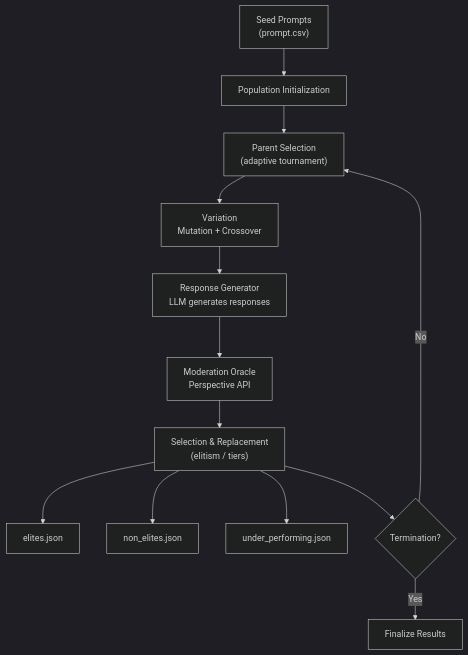
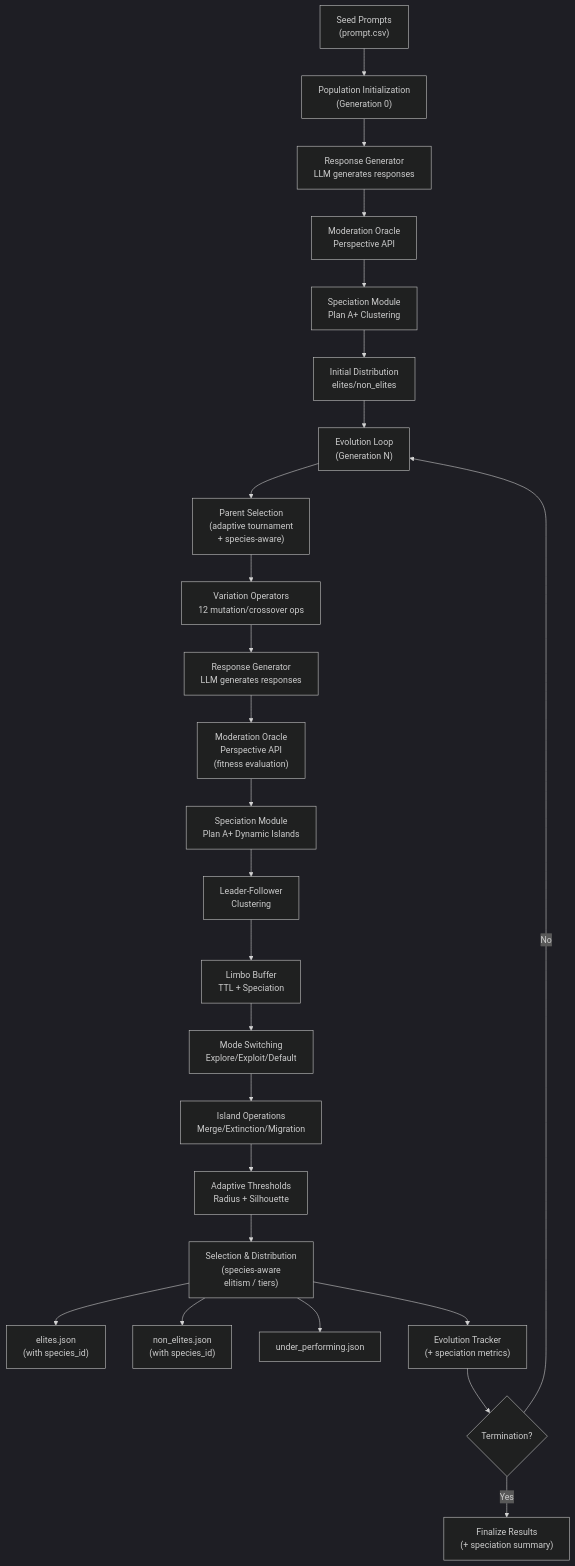
One commit to Onkar2102/ToxSearch changed the first of 2 diagrams in ARCHITECTURE.md. Above: the diagram before and after it, drawn with Mermaid (dark theme). The commit also changed other lines of this file, not shown here.

````diff
--- a/ARCHITECTURE.md
+++ b/ARCHITECTURE.md
@@ -36,15 +40,31 @@
 ```mermaid
 flowchart TB
-  IN["Seed Prompts<br/>(prompt.csv)"] --> INIT["Population Initialization"]
-  INIT --> SEL["Parent Selection<br/>(adaptive tournament)"]
-  SEL --> VAR["Variation<br/>Mutation + Crossover"]
+  IN["Seed Prompts<br/>(prompt.csv)"] --> INIT["Population Initialization<br/>(Generation 0)"]
+  INIT --> RG0["Response Generator<br/>LLM generates responses"]
+  RG0 --> MOD0["Moderation Oracle<br/>Perspective API"]
+  MOD0 --> SPEC0["Speciation Module<br/>Plan A+ Clustering"]
+  SPEC0 --> CLS0["Initial Distribution<br/>elites/non_elites"]
+  
+  CLS0 --> LOOP["Evolution Loop<br/>(Generation N)"]
+  
+  LOOP --> SEL["Parent Selection<br/>(adaptive tournament<br/>+ species-aware)"]
+  SEL --> VAR["Variation Operators<br/>12 mutation/crossover ops"]
   VAR --> RG["Response Generator<br/>LLM generates responses"]
-  RG --> MOD["Moderation Oracle<br/>Perspective API"]
-  MOD --> CLS["Selection & Replacement<br/>(elitism / tiers)"]
-  CLS --> EL["elites.json"]
-  CLS --> NE["non_elites.json"]
+  RG --> MOD["Moderation Oracle<br/>Perspective API<br/>(fitness evaluation)"]
+  MOD --> SPEC["Speciation Module<br/>Plan A+ Dynamic Islands"]
+  
+  SPEC --> SPEC1["Leader-Follower<br/>Clustering"]
+  SPEC1 --> SPEC2["Limbo Buffer<br/>TTL + Speciation"]
+  SPEC2 --> SPEC3["Mode Switching<br/>Explore/Exploit/Default"]
+  SPEC3 --> SPEC4["Island Operations<br/>Merge/Extinction/Migration"]
+  SPEC4 --> SPEC5["Adaptive Thresholds<br/>Radius + Silhouette"]
+  
+  SPEC5 --> CLS["Selection & Distribution<br/>(species-aware<br/>elitism / tiers)"]
+  CLS --> EL["elites.json<br/>(with species_id)"]
+  CLS --> NE["non_elites.json<br/>(with species_id)"]
   CLS --> UP["under_performing.json"]
-  CLS --> TERM{"Termination?"}
-  TERM -->|No| SEL
-  TERM -->|Yes| DONE["Finalize Results"]
+  CLS --> TRACK["Evolution Tracker<br/>(+ speciation metrics)"]
+  TRACK --> TERM{"Termination?"}
+  TERM -->|No| LOOP
+  TERM -->|Yes| DONE["Finalize Results<br/>(+ speciation summary)"]
 ```
````
